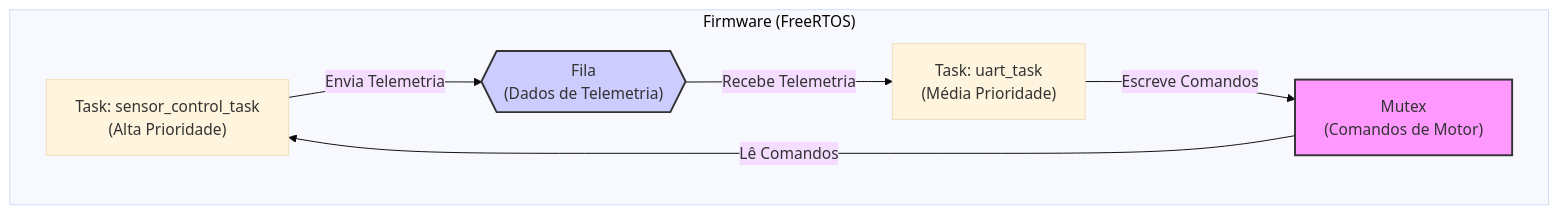
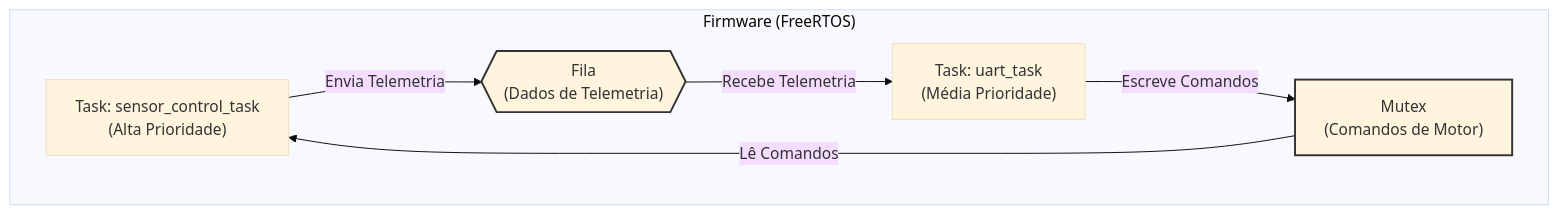
Before and after one commit to Nyfeu/Tatu-Bomba: the first of 3 diagrams in esp32_firmware/README.md, drawn with Mermaid (base theme). The commit also changed other lines of this file, not shown here.

````diff
--- a/esp32_firmware/README.md
+++ b/esp32_firmware/README.md
@@ -31,19 +31,19 @@
 ```mermaid
 graph TD
     subgraph "Firmware (FreeRTOS)"
         Task_Sensor["Task: sensor_control_task<br/>(Alta Prioridade)"]
         Task_UART["Task: uart_task<br/>(Média Prioridade)"]
 
         Mutex["Mutex<br/>(Comandos de Motor)"]
         Queue{{"Fila<br/>(Dados de Telemetria)"}}
     end
 
     Task_UART -- "Escreve Comandos" --> Mutex
     Mutex -- "Lê Comandos" --> Task_Sensor
 
     Task_Sensor -- "Envia Telemetria" --> Queue
     Queue -- "Recebe Telemetria" --> Task_UART
 
-    style Mutex fill:#f9f,stroke:#333,stroke-width:2px
-    style Queue fill:#ccf,stroke:#333,stroke-width:2px
+    style Mutex stroke:#333,stroke-width:2px
+    style Queue stroke:#333,stroke-width:2px
 ```
````
